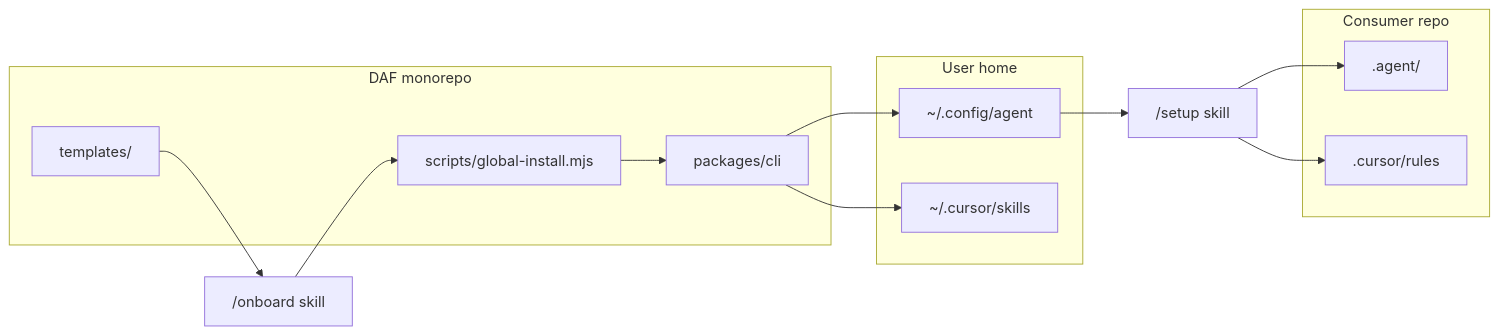
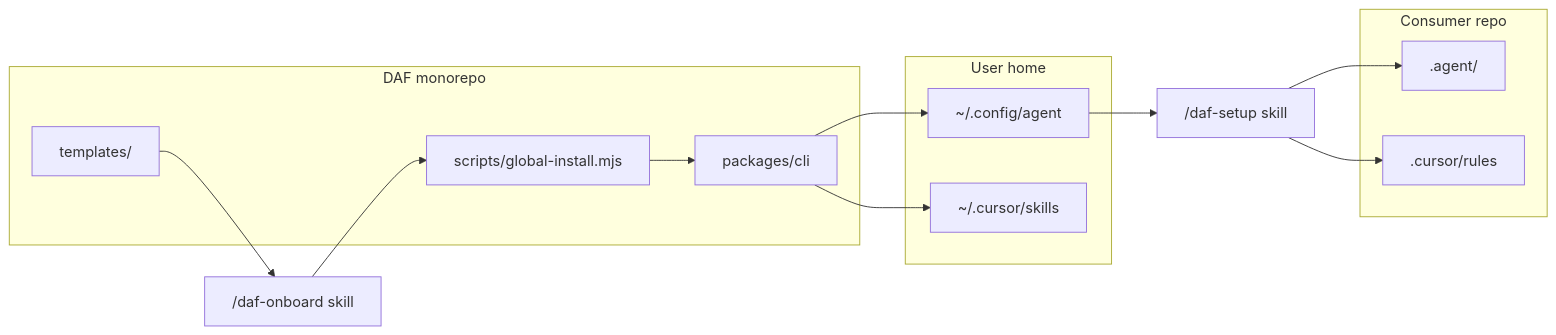
One commit to npain142/daniels-agentic-framework changed the diagram in .agent/ARCHITECTURE.md. Above: the diagram before and after it, drawn with Mermaid. The commit also changed other lines of this file and 60 other files, not shown here.

````diff
--- a/.agent/ARCHITECTURE.md
+++ b/.agent/ARCHITECTURE.md
@@ -27,26 +27,26 @@
 ```mermaid
 flowchart LR
   subgraph repo [DAF monorepo]
     T[templates/]
     R[scripts/global-install.mjs]
     LIB[packages/cli]
   end
   subgraph home [User home]
     GC["~/.config/agent"]
     CS["~/.cursor/skills"]
   end
   subgraph project [Consumer repo]
     AG[".agent/"]
     CUR[".cursor/rules"]
   end
-  onboard["/onboard skill"]
+  onboard["/daf-onboard skill"]
   T --> onboard
   onboard --> R
   R --> LIB
   LIB --> GC
   LIB --> CS
-  setup["/setup skill"]
+  setup["/daf-setup skill"]
   GC --> setup
   setup --> AG
   setup --> CUR
 ```
````
